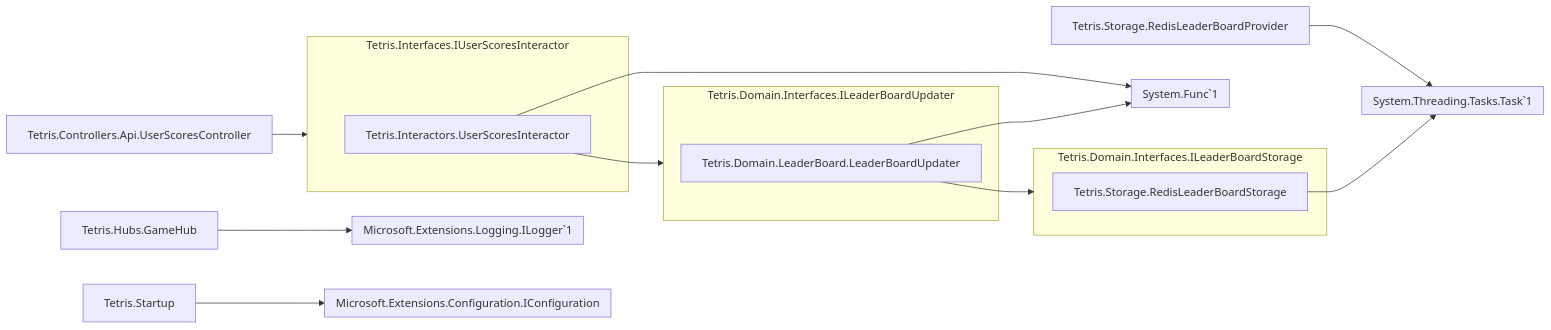
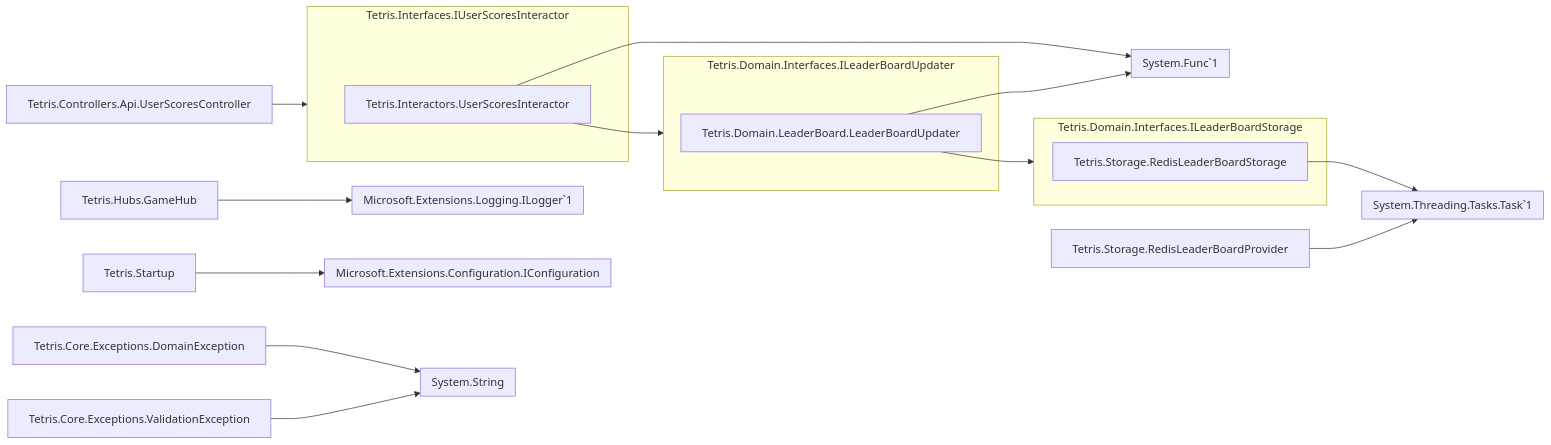
The diagram in README.md (stewie1570/tetris), drawn with Mermaid before and after one commit.

````diff
--- a/README.md
+++ b/README.md
@@ -29,48 +29,54 @@
 ```mermaid
 flowchart LR
+  Tetris.Core.Exceptions.DomainException --> System.String
+  Tetris.Core.Exceptions.ValidationException --> System.String
+  Tetris.Storage.RedisLeaderBoardProvider --> System.Threading.Tasks.Task`1
+  Tetris.Storage.RedisLeaderBoardStorage --> System.Threading.Tasks.Task`1
+  Tetris.Domain.LeaderBoard.LeaderBoardUpdater --> Tetris.Domain.Interfaces.ILeaderBoardStorage
+  Tetris.Domain.LeaderBoard.LeaderBoardUpdater --> System.Func`1
   Tetris.Startup --> Microsoft.Extensions.Configuration.IConfiguration
   Tetris.Interactors.UserScoresInteractor --> Tetris.Domain.Interfaces.ILeaderBoardUpdater
   Tetris.Interactors.UserScoresInteractor --> System.Func`1
   Tetris.Hubs.GameHub --> Microsoft.Extensions.Logging.ILogger`1
   Tetris.Controllers.Api.UserScoresController --> Tetris.Interfaces.IUserScoresInteractor
-  Tetris.Domain.LeaderBoard.LeaderBoardUpdater --> Tetris.Domain.Interfaces.ILeaderBoardStorage
-  Tetris.Domain.LeaderBoard.LeaderBoardUpdater --> System.Func`1
-  Tetris.Storage.RedisLeaderBoardProvider --> System.Threading.Tasks.Task`1
-  Tetris.Storage.RedisLeaderBoardStorage --> System.Threading.Tasks.Task`1
 
+    subgraph System.String
+        
+    end
+    
+
+    subgraph System.Threading.Tasks.Task`1
+        
+    end
+    
+
+    subgraph Tetris.Domain.Interfaces.ILeaderBoardStorage
+        Tetris.Storage.RedisLeaderBoardStorage
+    end
+    
+
+    subgraph System.Func`1
+        
+    end
+    
 
     subgraph Microsoft.Extensions.Configuration.IConfiguration
-
+        
     end
-
+    
 
     subgraph Tetris.Domain.Interfaces.ILeaderBoardUpdater
         Tetris.Domain.LeaderBoard.LeaderBoardUpdater
     end
-
-
-    subgraph System.Func`1
-
-    end
-
+    
 
     subgraph Microsoft.Extensions.Logging.ILogger`1
-
+        
     end
-
+    
 
     subgraph Tetris.Interfaces.IUserScoresInteractor
         Tetris.Interactors.UserScoresInteractor
     end
-
-
-    subgraph Tetris.Domain.Interfaces.ILeaderBoardStorage
-        Tetris.Storage.RedisLeaderBoardStorage
-    end
-
-
-    subgraph System.Threading.Tasks.Task`1
-
-    end
-
+    
 ```
````
